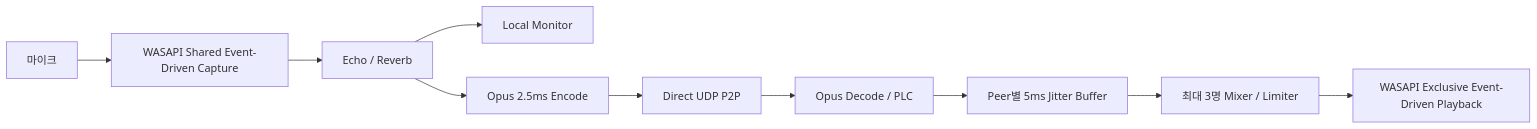
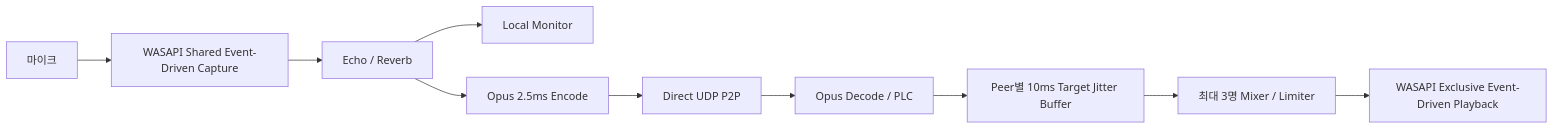
One commit to jangms11263124/ssasukae changed the second of 2 diagrams in native/low-latency-audio/docs/realtime-audio-presentation-brief.md. Above: the diagram before and after it, drawn with Mermaid. The commit also changed other lines of this file and 17 other files, not shown here.

````diff
--- a/native/low-latency-audio/docs/realtime-audio-presentation-brief.md
+++ b/native/low-latency-audio/docs/realtime-audio-presentation-brief.md
@@ -88,12 +88,12 @@
 ```mermaid
 flowchart LR
     M["마이크"] --> C["WASAPI Shared Event-Driven Capture"]
     C --> E["Echo / Reverb"]
     E --> L["Local Monitor"]
     E --> O["Opus 2.5ms Encode"]
     O --> N["Direct UDP P2P"]
     N --> D["Opus Decode / PLC"]
-    D --> J["Peer별 5ms Jitter Buffer"]
+    D --> J["Peer별 10ms Target Jitter Buffer"]
     J --> X["최대 3명 Mixer / Limiter"]
     X --> P["WASAPI Exclusive Event-Driven Playback"]
 ```
````
